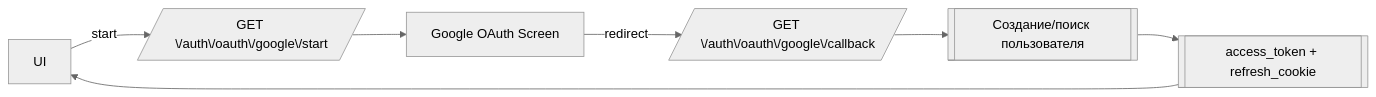
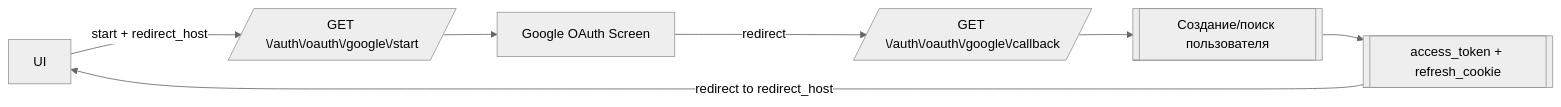
The third of 14 diagrams in wiki/API_Auth.md (admin310st/301), drawn with Mermaid (neutral theme) before and after one commit. The commit also changed other lines of this file and 5 other files, not shown here.

````diff
--- a/wiki/API_Auth.md
+++ b/wiki/API_Auth.md
@@ -261,9 +261,9 @@
 ```mermaid
 flowchart LR
-  UI -->|start| GStart[/GET \/auth\/oauth\/google\/start/]
+  UI -->|start + redirect_host| GStart[/GET \/auth\/oauth\/google\/start/]
   GStart --> Google[Google OAuth Screen]
   Google -->|redirect| GCallback[/GET \/auth\/oauth\/google\/callback/]
   GCallback --> VerifyUser[[Создание/поиск пользователя]]
   VerifyUser --> Login[[access_token + refresh_cookie]]
-  Login --> UI
+  Login -->|redirect to redirect_host| UI
 ```
````
